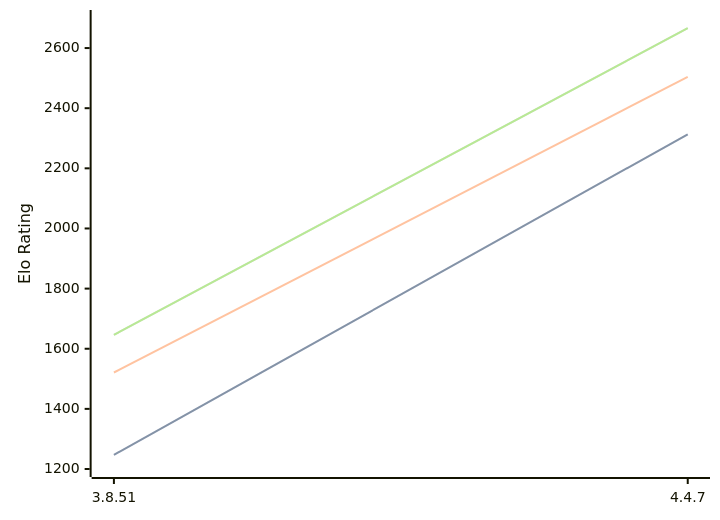
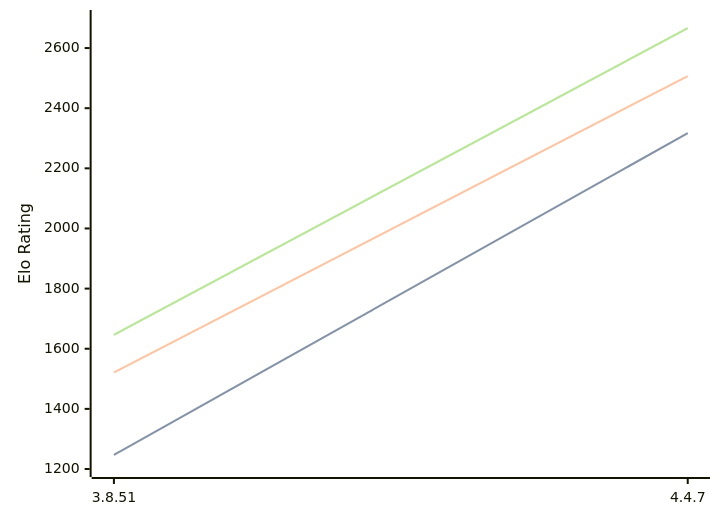
One commit to computer-chess-index/cci changed the diagram in engines/Scoria.md. Above: the diagram before and after it, drawn with Mermaid. The commit also changed other lines of this file, not shown here.

````diff
--- a/engines/Scoria.md
+++ b/engines/Scoria.md
@@ -32,11 +32,11 @@
 ```mermaid
 %%{init: {"theme":"base","themeVariables":{"seriesColors:['#a3a3a3','#222221','#faa371']}}}%%
 xychart-beta
   x-axis ["3.8.51", "4.4.7"]
   y-axis "Elo Rating" 1200 --> 2700
-  line "STC (8.0+0.08s)" [1247, 2313]
-  line "STC (8.0+0.08s)" [1247, 2313]
-  line "LTC (60.0+0.60s)" [1521, 2504]
+  line "STC (8.0+0.08s)" [1247, 2317]
+  line "STC (8.0+0.08s)" [1247, 2317]
+  line "LTC (60.0+0.60s)" [1521, 2507]
   line "VLTC (2m24s+1.12s)" [1646, 2666]
   line "VLTC (2m24s+1.12s)" [1646, 2666]
 ```
````
